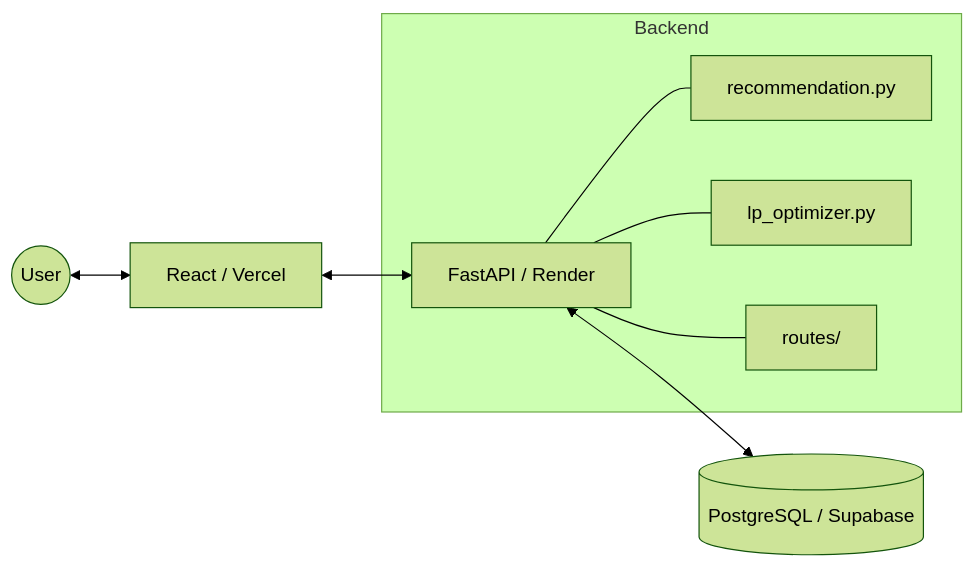
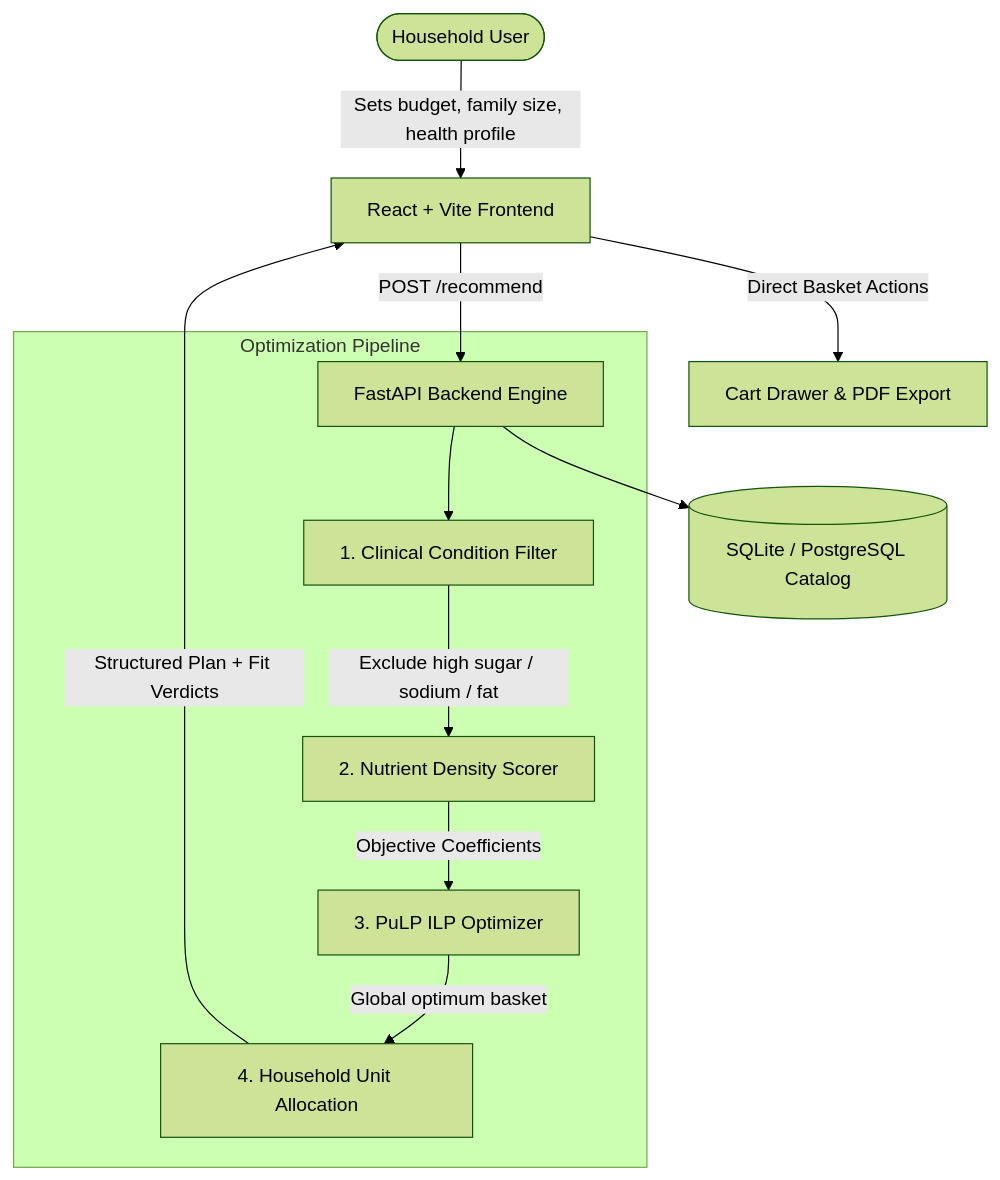
One commit to AtulACleaver/nutrikart changed the diagram in README.md. Above: the diagram before and after it, drawn with Mermaid (forest theme). The commit also changed other lines of this file, not shown here.

Commit message:
docs: rewrite readme with updated architecture quickstart and design system overview

````diff
--- a/README.md
+++ b/README.md
@@ -64,12 +21,16 @@
 ```mermaid
-graph LR
-    User((User)) <--> FE[React / Vercel]
-    FE <--> API[FastAPI / Render]
-    API <--> DB[(PostgreSQL / Supabase)]
+graph TD
+    User([Household User]) -->|Sets budget, family size, health profile| WebApp[React + Vite Frontend]
+    WebApp -->|POST /recommend| API[FastAPI Backend Engine]
 
-    subgraph "Backend"
-    API --- Rec[recommendation.py]
-    API --- LP[lp_optimizer.py]
-    API --- RT[routes/]
+    subgraph "Optimization Pipeline"
+        API --> Filter[1. Clinical Condition Filter]
+        Filter -->|Exclude high sugar / sodium / fat| Scorer[2. Nutrient Density Scorer]
+        Scorer -->|Objective Coefficients| Solver[3. PuLP ILP Optimizer]
+        Solver -->|Global optimum basket| Alloc[4. Household Unit Allocation]
     end
+
+    Alloc -->|Structured Plan + Fit Verdicts| WebApp
+    WebApp -->|Direct Basket Actions| Cart[Cart Drawer & PDF Export]
+    API --> DB[(SQLite / PostgreSQL Catalog)]
 ```
````
